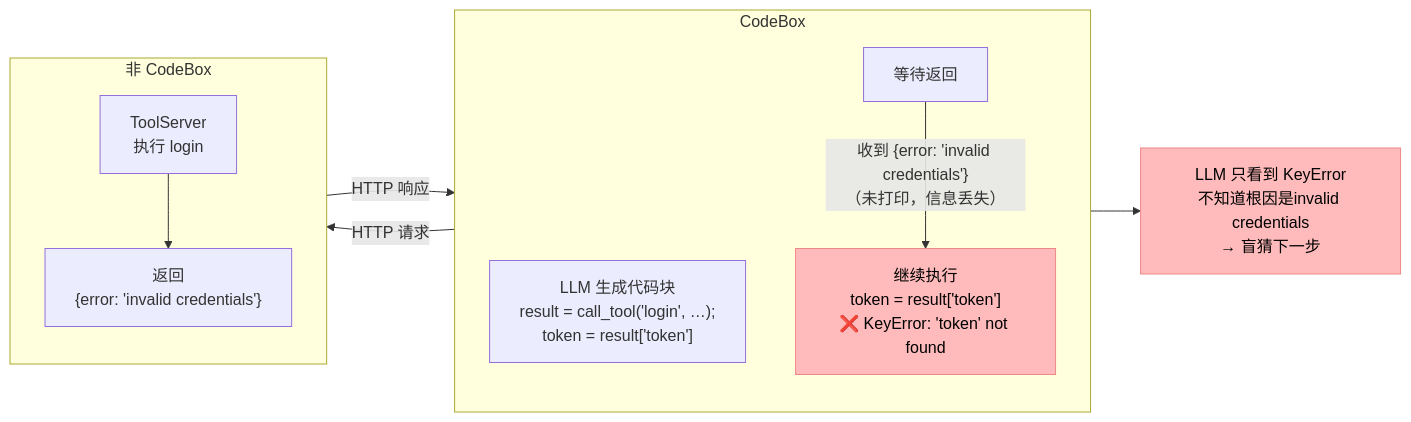
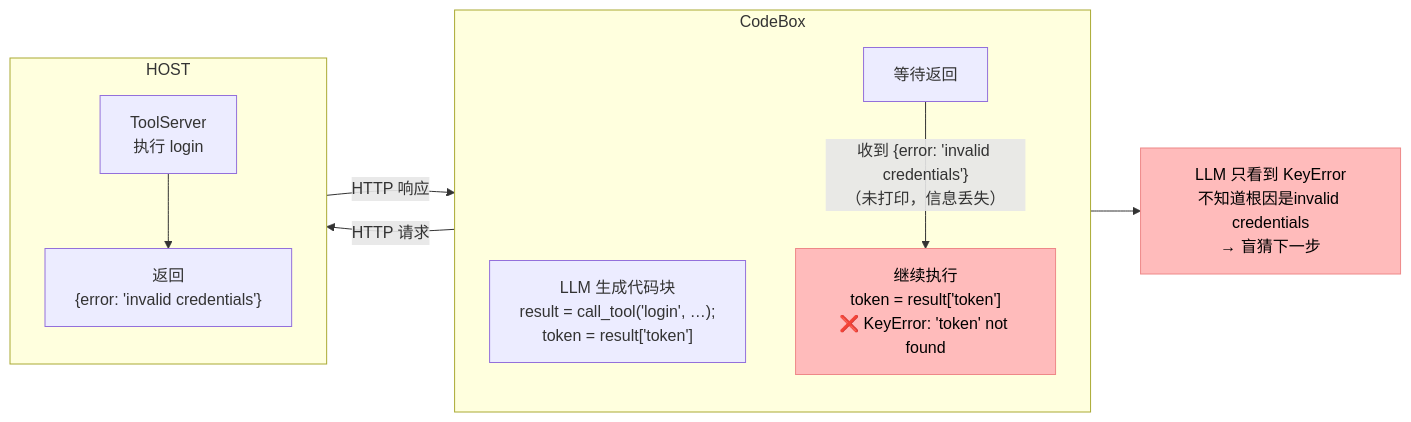
The fourth of 4 diagrams in codeact_test/CodeAct.md (weidankong/personal), drawn with Mermaid before and after one commit. The commit also changed other lines of this file, not shown here.

````diff
--- a/codeact_test/CodeAct.md
+++ b/codeact_test/CodeAct.md
@@ -434,19 +489,19 @@
 ```mermaid
 flowchart LR
     subgraph SB1["CodeBox"]
         direction TB
         B1["LLM 生成代码块<br/>result = call_tool('login', …);<br/>token = result['token']"]
         B2["等待返回"]
         B2 -- "收到 {error: 'invalid credentials'}<br/>（未打印，信息丢失）" --> B3["继续执行<br/>token = result['token']<br/>❌ KeyError: 'token' not found"]
     end
-    subgraph SB2["非 CodeBox"]
+    subgraph SB2[" HOST "]
         direction TB
         TC["ToolServer<br/>执行 login"] --> TR["返回<br/>{error: 'invalid credentials'}"]
     end
     B1 -- "HTTP 请求" --> TC
     TR -- "HTTP 响应" --> B2
     B3 --> B4["LLM 只看到 KeyError<br/>不知道根因是invalid credentials<br/>→ 盲猜下一步"]
 
     style B3 fill:#fbb,stroke:#e88,color:#000
     style B4 fill:#fbb,stroke:#e88,color:#000
 ```
````
